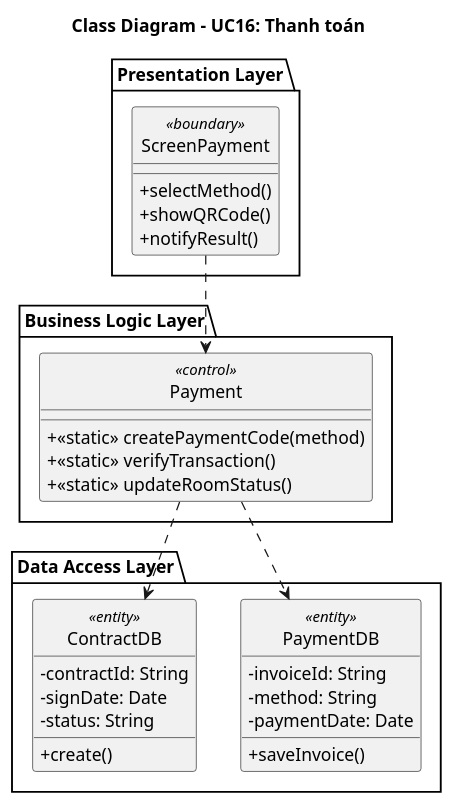
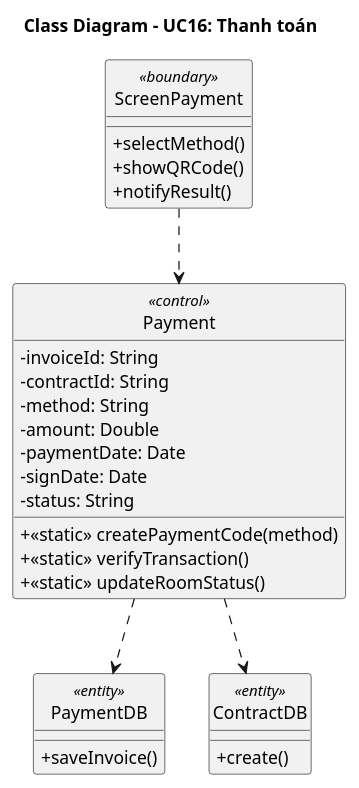
Before and after one commit to Gnourt812005/HCMUS-Analyze-and-desgin-IS: the diagram in doc/system/thanh_toan/ThanhToan_ClassDiagram.wsd, drawn with PlantUML. The commit also changed 3 other files, not shown here.

Commit message:
bao/class-sequence for system use case "Đăng ký thuê"

```diff
--- a/doc/system/thanh_toan/ThanhToan_ClassDiagram.wsd
+++ b/doc/system/thanh_toan/ThanhToan_ClassDiagram.wsd
@@ -1,41 +1,36 @@
 @startuml ThanhToan_ClassDiagram
 skinparam classAttributeIconSize 0
 skinparam style strictuml
 title Class Diagram - UC16: Thanh toán
 
-package "Presentation Layer" {
-    class "ScreenPayment" <<boundary>> {
-        + selectMethod()
-        + showQRCode()
-        + notifyResult()
-    }
+class "ScreenPayment" <<boundary>> {
+    + selectMethod()
+    + showQRCode()
+    + notifyResult()
 }
 
-package "Business Logic Layer" {
-    class "Payment" <<control>> {
-        + <<static>> createPaymentCode(method)
-        + <<static>> verifyTransaction()
-        + <<static>> updateRoomStatus()
-    }
+class "Payment" <<control>> {
+    - invoiceId: String
+    - contractId: String
+    - method: String
+    - amount: Double
+    - paymentDate: Date
+    - signDate: Date
+    - status: String
+    + <<static>> createPaymentCode(method)
+    + <<static>> verifyTransaction()
+    + <<static>> updateRoomStatus()
 }
 
-package "Data Access Layer" {
-    class "PaymentDB" <<entity>> {
-        - invoiceId: String
-        - method: String
-        - paymentDate: Date
-        + saveInvoice()
-    }
-    class "ContractDB" <<entity>> {
-        - contractId: String
-        - signDate: Date
-        - status: String
-        + create()
-    }
+class "PaymentDB" <<entity>> {
+    + saveInvoice()
+}
+class "ContractDB" <<entity>> {
+    + create()
 }
 
 "ScreenPayment" ..> "Payment"
 "Payment" ..> "PaymentDB"
 "Payment" ..> "ContractDB"
 
 @enduml
```
